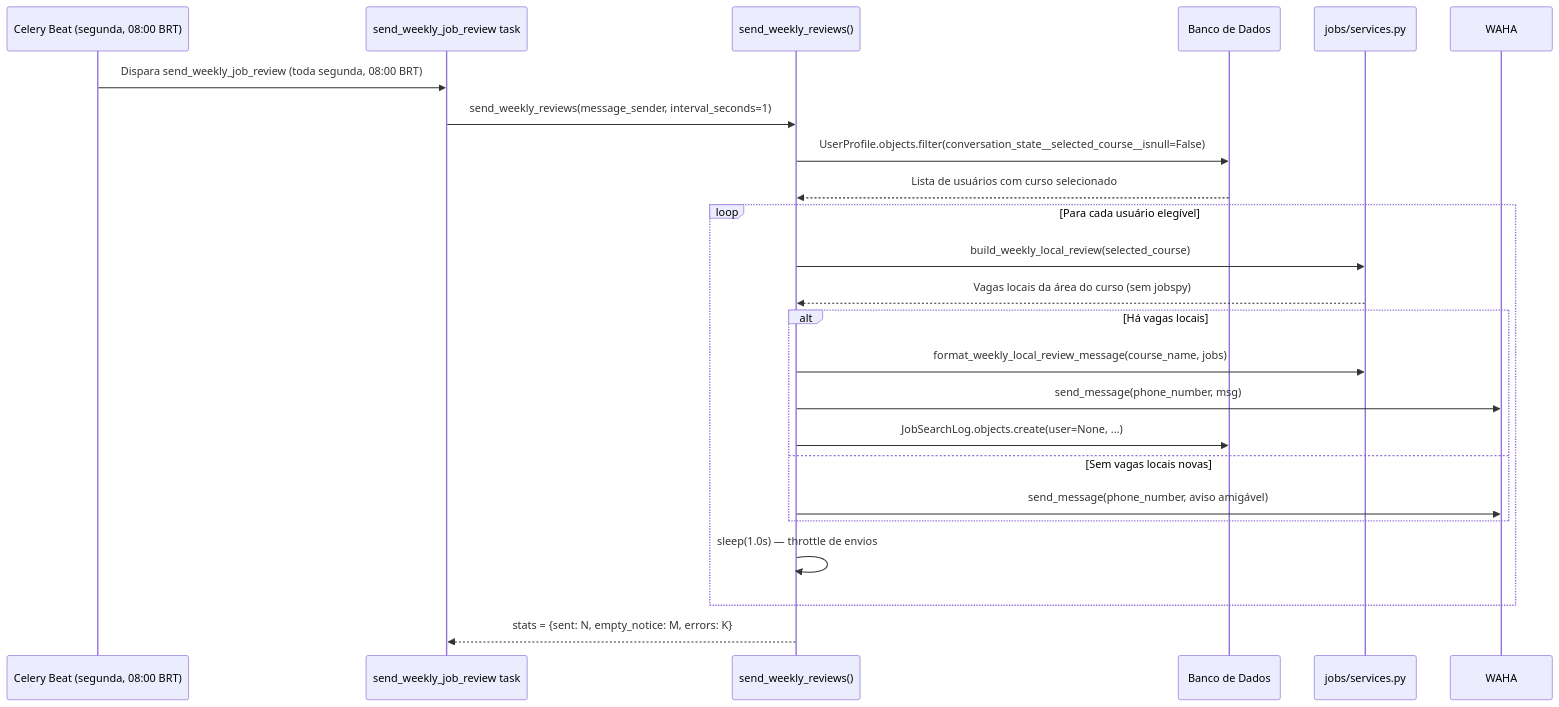
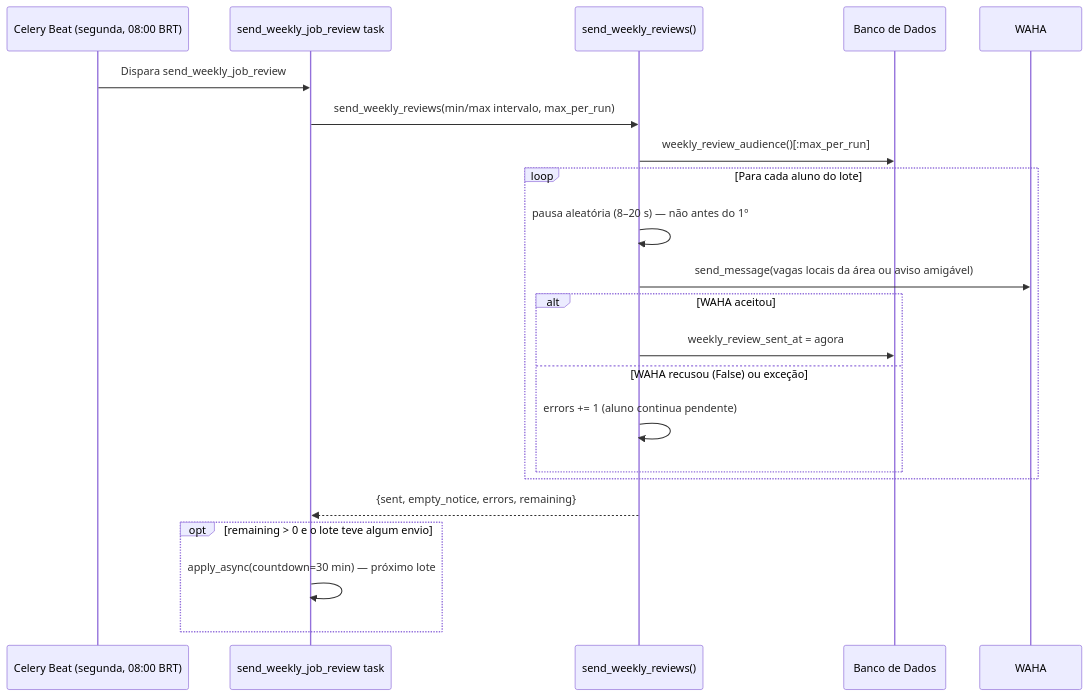
The fifth of 8 diagrams in docs/architecture/BOT-FLOWS.md (ErickBonruque/iterbot), drawn with Mermaid before and after one commit. The commit also changed other lines of this file and 22 other files, not shown here.

````diff
--- a/docs/architecture/BOT-FLOWS.md
+++ b/docs/architecture/BOT-FLOWS.md
@@ -231,29 +242,25 @@
 ```mermaid
 sequenceDiagram
     participant CeleryBeat as Celery Beat (segunda, 08:00 BRT)
     participant Task as send_weekly_job_review task
     participant Service as send_weekly_reviews()
     participant DB as Banco de Dados
-    participant JobsService as jobs/services.py
     participant WAHA
 
-    CeleryBeat->>Task: Dispara send_weekly_job_review (toda segunda, 08:00 BRT)
-    Task->>Service: send_weekly_reviews(message_sender, interval_seconds=1)
-    Service->>DB: UserProfile.objects.filter(conversation_state__selected_course__isnull=False)
-    DB-->>Service: Lista de usuários com curso selecionado
-
-    loop Para cada usuário elegível
-        Service->>JobsService: build_weekly_local_review(selected_course)
-        JobsService-->>Service: Vagas locais da área do curso (sem jobspy)
-        alt Há vagas locais
-            Service->>JobsService: format_weekly_local_review_message(course_name, jobs)
-            Service->>WAHA: send_message(phone_number, msg)
-            Service->>DB: JobSearchLog.objects.create(user=None, ...)
-        else Sem vagas locais novas
-            Service->>WAHA: send_message(phone_number, aviso amigável)
+    CeleryBeat->>Task: Dispara send_weekly_job_review
+    Task->>Service: send_weekly_reviews(min/max intervalo, max_per_run)
+    Service->>DB: weekly_review_audience()[:max_per_run]
+    loop Para cada aluno do lote
+        Service->>Service: pausa aleatória (8–20 s) — não antes do 1º
+        Service->>WAHA: send_message(vagas locais da área ou aviso amigável)
+        alt WAHA aceitou
+            Service->>DB: weekly_review_sent_at = agora
+        else WAHA recusou (False) ou exceção
+            Service->>Service: errors += 1 (aluno continua pendente)
         end
-        Service->>Service: sleep(1.0s) — throttle de envios
     end
-
-    Service-->>Task: stats = {sent: N, empty_notice: M, errors: K}
+    Service-->>Task: {sent, empty_notice, errors, remaining}
+    opt remaining > 0 e o lote teve algum envio
+        Task->>Task: apply_async(countdown=30 min) — próximo lote
+    end
 ```
````
